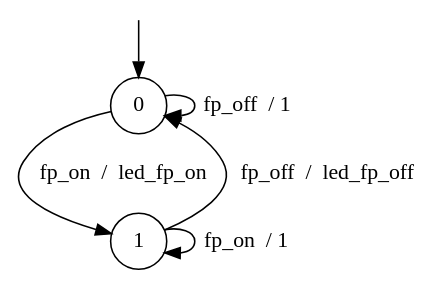
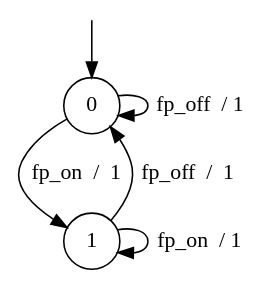
The diagram in Real-Tests/resources/Synchs/7/4_5_BCS_LED_FP.dot (AryanBastani/SCL-Star), drawn with Graphviz before and after one commit. The commit also changed 15 other files, not shown here.

```diff
--- a/Real-Tests/resources/Synchs/7/4_5_BCS_LED_FP.dot
+++ b/Real-Tests/resources/Synchs/7/4_5_BCS_LED_FP.dot
@@ -1,13 +1,13 @@
 digraph g {
 
 	s0 [shape="circle" label="0"];
 	s1 [shape="circle" label="1"];
-	s0 -> s1 [label="fp_on  /  led_fp_on"];
+	s0 -> s1 [label="fp_on  /  1"];
 	s0 -> s0 [label="fp_off  / 1"];
 	s1 -> s1 [label="fp_on  / 1"];
-	s1 -> s0 [label="fp_off  /  led_fp_off"];
+	s1 -> s0 [label="fp_off  /  1"];
 
 __start0 [label="" shape="none" width="0" height="0"];
 __start0 -> s0;
 
 }
```
